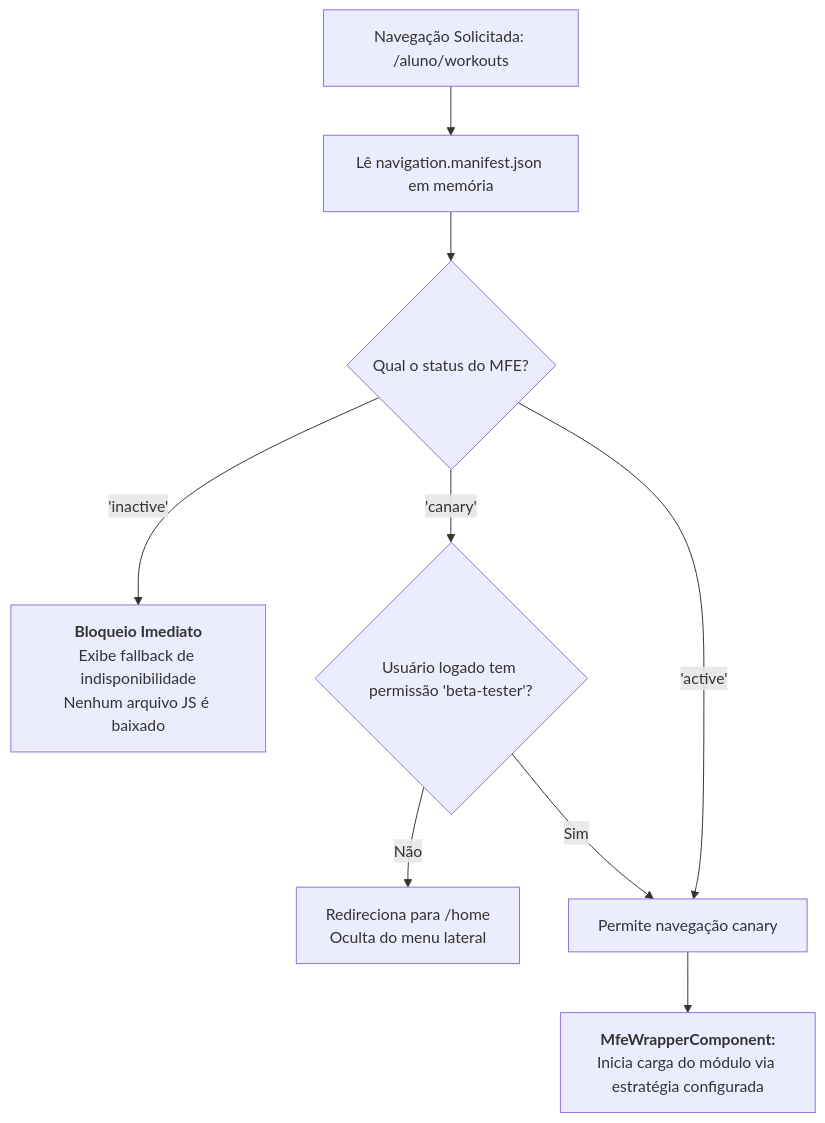
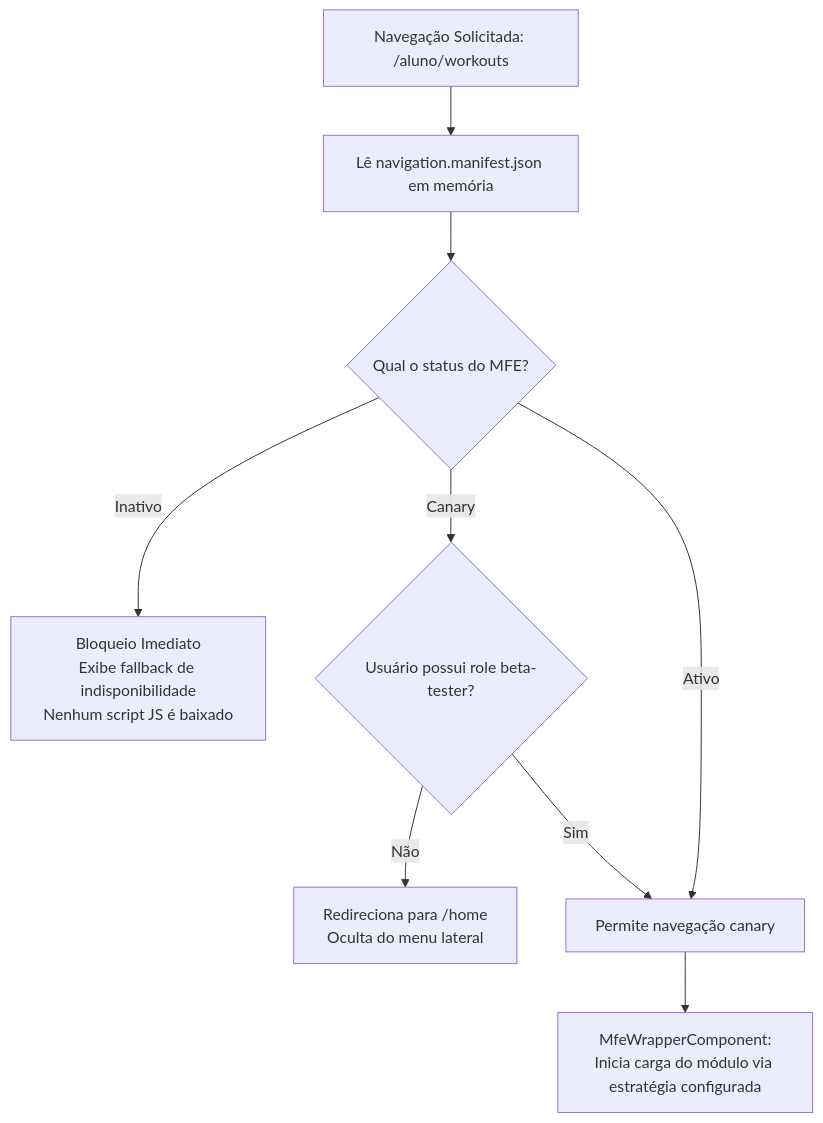
The third of 4 diagrams in docs/architecture.md (alexandresouva/fitlab-shell), drawn with Mermaid before and after one commit. The commit also changed 1 other file, not shown here.

Commit message:
fix(docs): resolve mermaid syntax errors for github parser

````diff
--- a/docs/architecture.md
+++ b/docs/architecture.md
@@ -240,15 +240,15 @@
 ```mermaid
 flowchart TD
-    REQ[Navegação Solicitada: /aluno/workouts] --> FETCH_MANIFEST[Lê navigation.manifest.json em memória]
-    FETCH_MANIFEST --> STATUS_CHECK{Qual o status do MFE?}
+    REQ["Navegação Solicitada: /aluno/workouts"] --> FETCH_MANIFEST["Lê navigation.manifest.json em memória"]
+    FETCH_MANIFEST --> STATUS_CHECK{"Qual o status do MFE?"}
 
-    STATUS_CHECK -- 'inactive' --> BLOCK[<b>Bloqueio Imediato</b><br/>Exibe fallback de indisponibilidade<br/>Nenhum arquivo JS é baixado]
+    STATUS_CHECK -- Inativo --> BLOCK["Bloqueio Imediato<br/>Exibe fallback de indisponibilidade<br/>Nenhum script JS é baixado"]
 
-    STATUS_CHECK -- 'canary' --> CANARY_CHECK{Usuário logado tem permissão 'beta-tester'?}
-    CANARY_CHECK -- Não --> HIDE[Redireciona para /home<br/>Oculta do menu lateral]
-    CANARY_CHECK -- Sim --> ALLOW[Permite navegação canary]
+    STATUS_CHECK -- Canary --> CANARY_CHECK{"Usuário possui role beta-tester?"}
+    CANARY_CHECK -- Não --> HIDE["Redireciona para /home<br/>Oculta do menu lateral"]
+    CANARY_CHECK -- Sim --> ALLOW["Permite navegação canary"]
 
-    STATUS_CHECK -- 'active' --> ALLOW
+    STATUS_CHECK -- Ativo --> ALLOW
 
-    ALLOW --> LOAD_MFE[<b>MfeWrapperComponent:</b><br/>Inicia carga do módulo via estratégia configurada]
+    ALLOW --> LOAD_MFE["MfeWrapperComponent:<br/>Inicia carga do módulo via estratégia configurada"]
 ```
````
